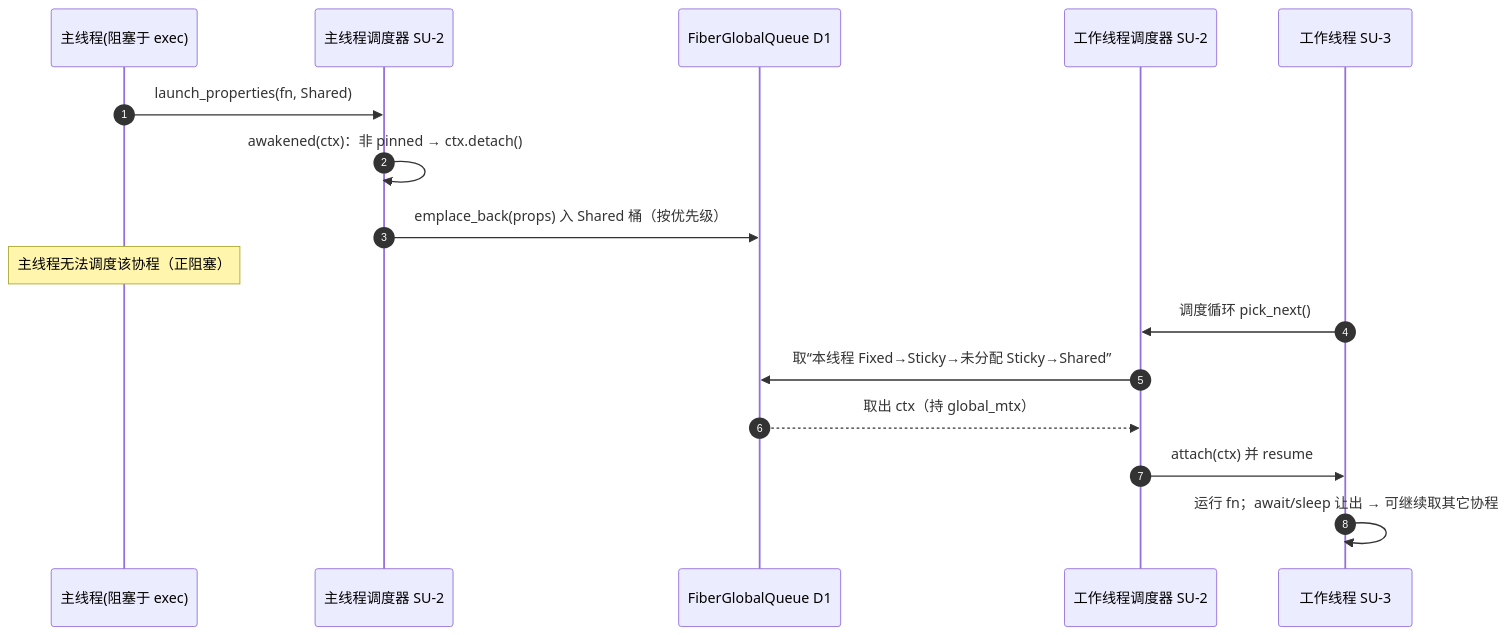
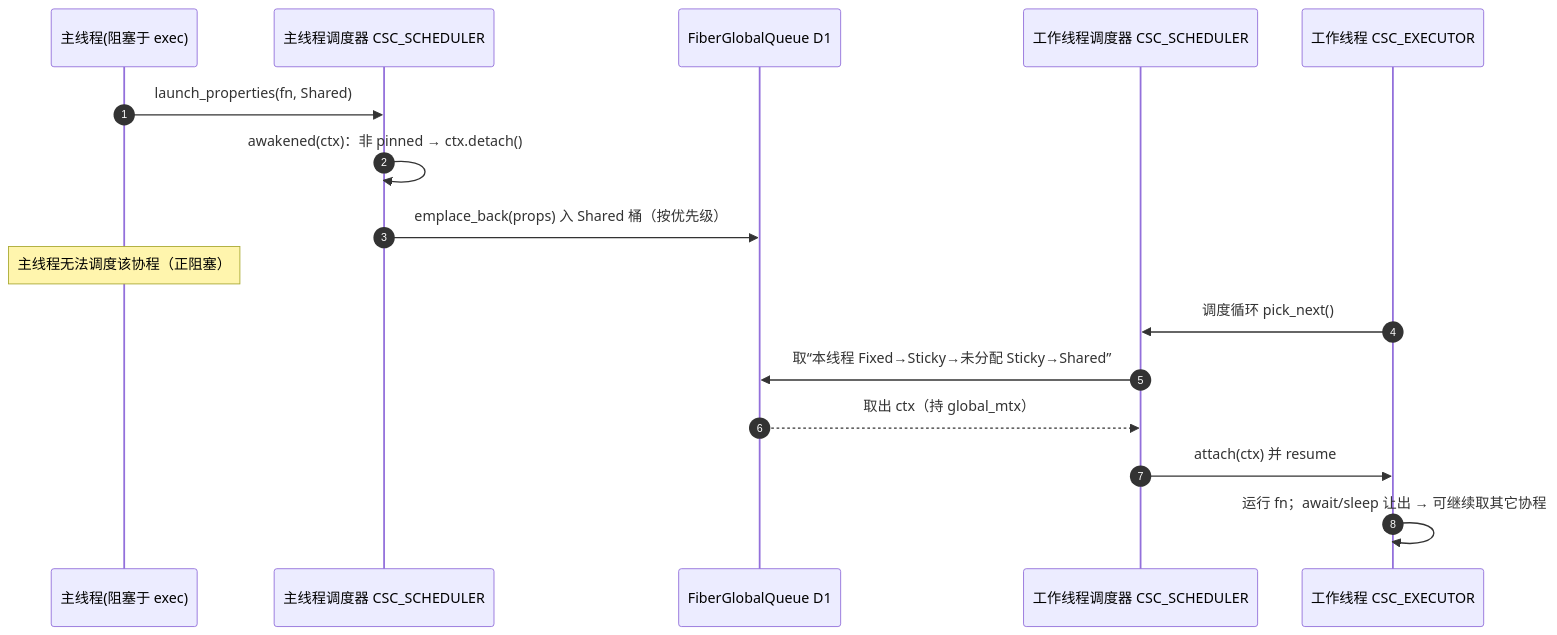
Diagram 11 of 16 in doc/软件设计说明.md (Ste7an-cs/AsyncTask), drawn with Mermaid before and after one commit. The commit also changed other lines of this file, not shown here.

First line of the commit message:
docs(sdd): 按新模板重新生成软件设计说明，标识符改为 CSC/MS/JK/CSU 体系

````diff
--- a/doc/软件设计说明.md
+++ b/doc/软件设计说明.md
@@ -445,19 +463,19 @@
 ```mermaid
 sequenceDiagram
     autonumber
     participant M as 主线程(阻塞于 exec)
-    participant S1 as 主线程调度器 SU-2
+    participant S1 as 主线程调度器 CSC_SCHEDULER
     participant GQ as FiberGlobalQueue D1
-    participant S2 as 工作线程调度器 SU-2
-    participant W as 工作线程 SU-3
+    participant S2 as 工作线程调度器 CSC_SCHEDULER
+    participant W as 工作线程 CSC_EXECUTOR
 
     M->>S1: launch_properties(fn, Shared)
     S1->>S1: awakened(ctx)：非 pinned → ctx.detach()
     S1->>GQ: emplace_back(props) 入 Shared 桶（按优先级）
     Note over M: 主线程无法调度该协程（正阻塞）
     W->>S2: 调度循环 pick_next()
     S2->>GQ: 取“本线程 Fixed→Sticky→未分配 Sticky→Shared”
     GQ-->>S2: 取出 ctx（持 global_mtx）
     S2->>W: attach(ctx) 并 resume
     W->>W: 运行 fn；await/sleep 让出 → 可继续取其它协程
 ```
````
